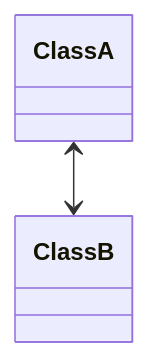
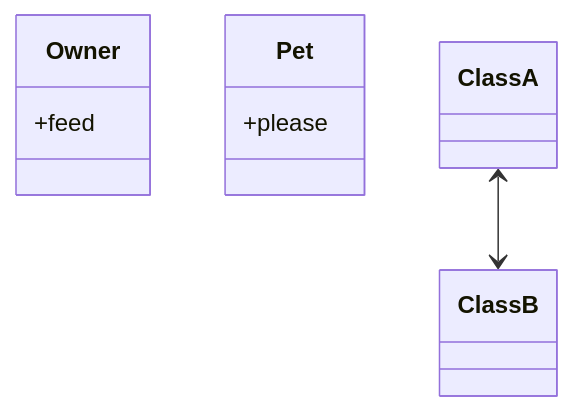
Before and after one commit to 8bitdev256/howto: the second of 4 diagrams in OOP - UML.md, drawn with Mermaid.

Commit message:
FEAT: Update OOP - UML.md

````diff
--- a/OOP - UML.md
+++ b/OOP - UML.md
@@ -24,12 +26,12 @@
 ```mermaid
 classDiagram
-    class ClassA {
-
+    class Owner {
+        +feed
     }
 
-    class ClassB {
-
+    class Pet {
+        +please
     }
 
     ClassA <--> ClassB
 ```
````
